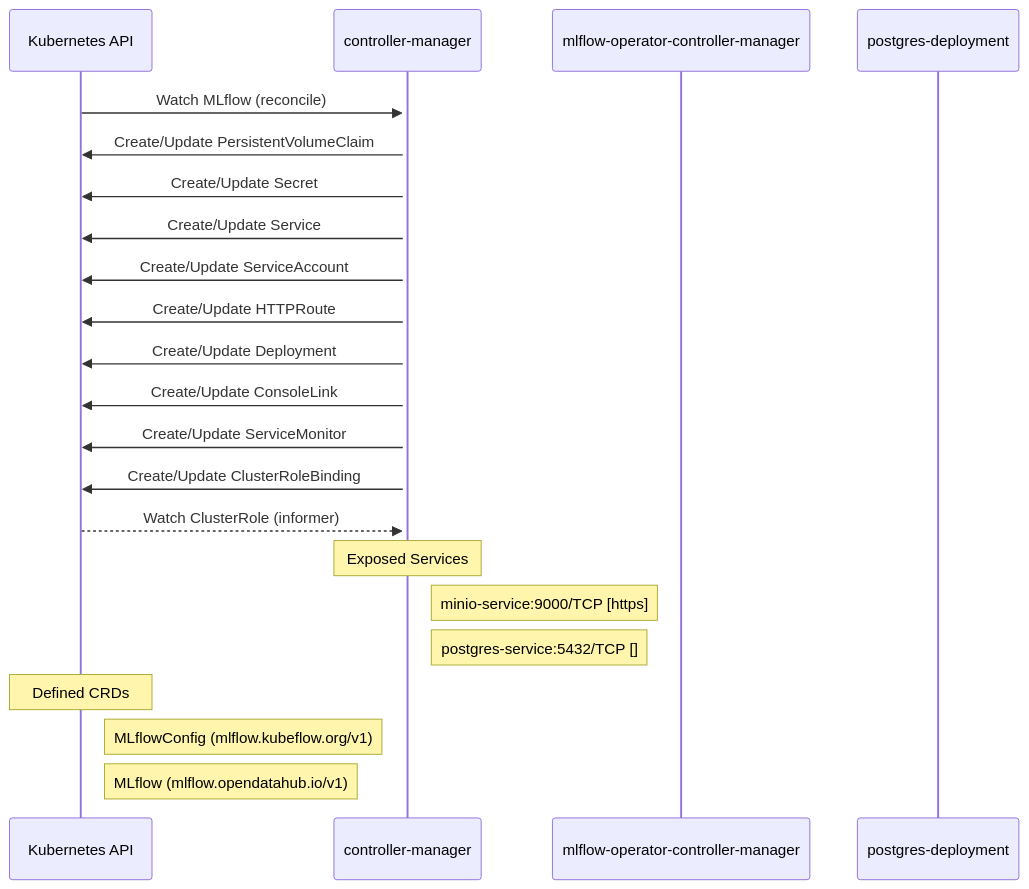
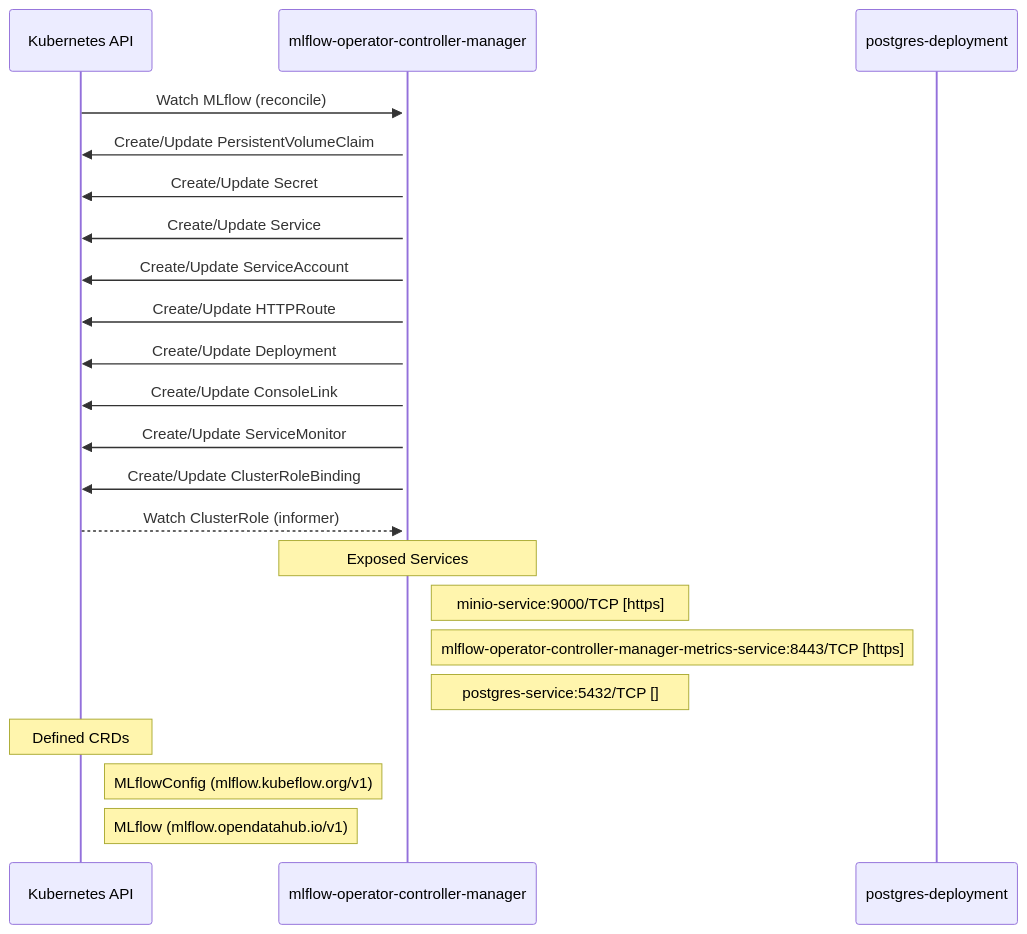
The diagram in site/docs/rhoai-platform/components/mlflow_operator/dataflow.md (ugiordan/architecture-analyzer), drawn with Mermaid before and after one commit. The commit also changed other lines of this file and 299 other files, not shown here.

````diff
--- a/site/docs/rhoai-platform/components/mlflow_operator/dataflow.md
+++ b/site/docs/rhoai-platform/components/mlflow_operator/dataflow.md
@@ -25,29 +25,29 @@
 ```mermaid
 sequenceDiagram
     %% Static dataflow for mlflow-operator
 
     participant KubernetesAPI as Kubernetes API
-    participant controller_manager as controller-manager
     participant mlflow_operator_controller_manager as mlflow-operator-controller-manager
     participant postgres_deployment as postgres-deployment
 
-    KubernetesAPI->>+controller_manager: Watch MLflow (reconcile)
-    controller_manager->>KubernetesAPI: Create/Update PersistentVolumeClaim
-    controller_manager->>KubernetesAPI: Create/Update Secret
-    controller_manager->>KubernetesAPI: Create/Update Service
-    controller_manager->>KubernetesAPI: Create/Update ServiceAccount
-    controller_manager->>KubernetesAPI: Create/Update HTTPRoute
-    controller_manager->>KubernetesAPI: Create/Update Deployment
-    controller_manager->>KubernetesAPI: Create/Update ConsoleLink
-    controller_manager->>KubernetesAPI: Create/Update ServiceMonitor
-    controller_manager->>KubernetesAPI: Create/Update ClusterRoleBinding
-    KubernetesAPI-->>+controller_manager: Watch ClusterRole (informer)
+    KubernetesAPI->>+mlflow_operator_controller_manager: Watch MLflow (reconcile)
+    mlflow_operator_controller_manager->>KubernetesAPI: Create/Update PersistentVolumeClaim
+    mlflow_operator_controller_manager->>KubernetesAPI: Create/Update Secret
+    mlflow_operator_controller_manager->>KubernetesAPI: Create/Update Service
+    mlflow_operator_controller_manager->>KubernetesAPI: Create/Update ServiceAccount
+    mlflow_operator_controller_manager->>KubernetesAPI: Create/Update HTTPRoute
+    mlflow_operator_controller_manager->>KubernetesAPI: Create/Update Deployment
+    mlflow_operator_controller_manager->>KubernetesAPI: Create/Update ConsoleLink
+    mlflow_operator_controller_manager->>KubernetesAPI: Create/Update ServiceMonitor
+    mlflow_operator_controller_manager->>KubernetesAPI: Create/Update ClusterRoleBinding
+    KubernetesAPI-->>+mlflow_operator_controller_manager: Watch ClusterRole (informer)
 
-    Note over controller_manager: Exposed Services
-    Note right of controller_manager: minio-service:9000/TCP [https]
-    Note right of controller_manager: postgres-service:5432/TCP []
+    Note over mlflow_operator_controller_manager: Exposed Services
+    Note right of mlflow_operator_controller_manager: minio-service:9000/TCP [https]
+    Note right of mlflow_operator_controller_manager: mlflow-operator-controller-manager-metrics-service:8443/TCP [https]
+    Note right of mlflow_operator_controller_manager: postgres-service:5432/TCP []
 
     Note over KubernetesAPI: Defined CRDs
     Note right of KubernetesAPI: MLflowConfig (mlflow.kubeflow.org/v1)
     Note right of KubernetesAPI: MLflow (mlflow.opendatahub.io/v1)
 ```
````
